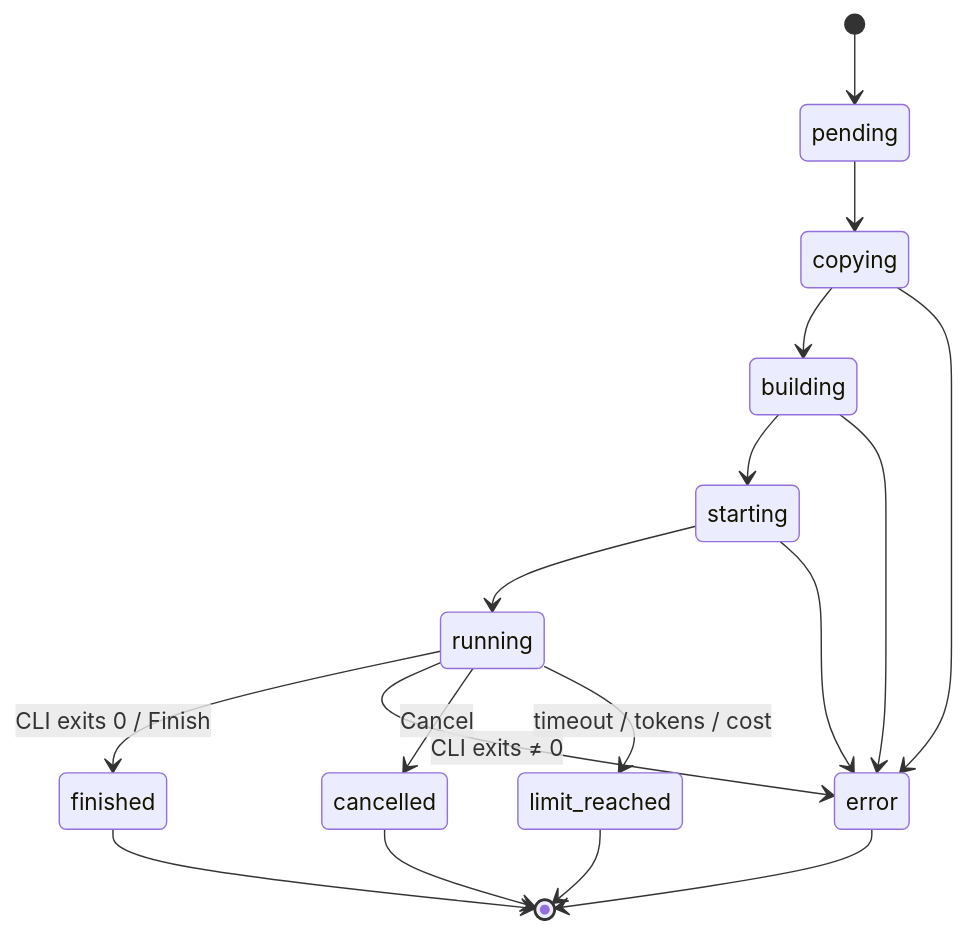
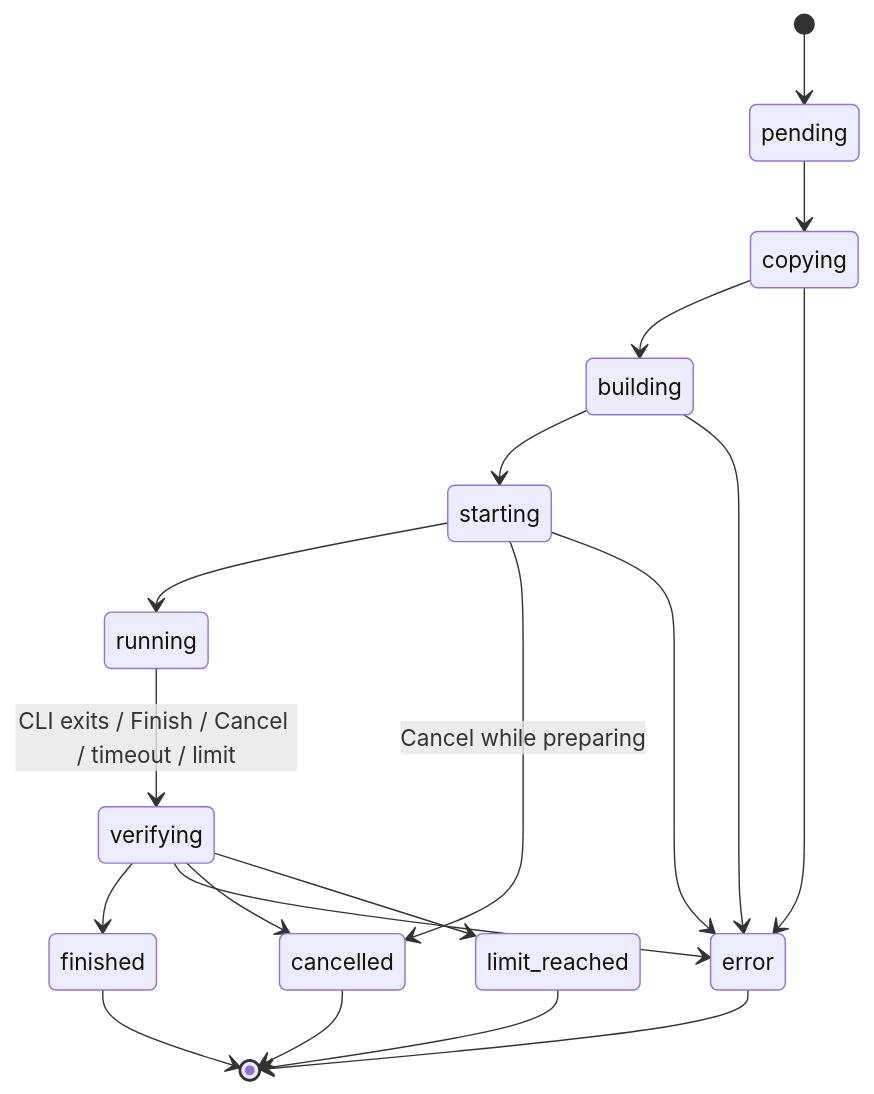
Before and after one commit to jmrona/ai-compare: the second of 2 diagrams in doc/04-comparison-lifecycle.md, drawn with Mermaid. The commit also changed other lines of this file and 20 other files, not shown here.

````diff
--- a/doc/04-comparison-lifecycle.md
+++ b/doc/04-comparison-lifecycle.md
@@ -77,19 +86,21 @@
 ```mermaid
 stateDiagram-v2
   [*] --> pending
   pending --> copying
   copying --> building
   building --> starting
   starting --> running
-  running --> finished: CLI exits 0 / Finish
-  running --> error: CLI exits ≠ 0
-  running --> cancelled: Cancel
-  running --> limit_reached: timeout / tokens / cost
+  running --> verifying: CLI exits / Finish / Cancel / timeout / limit
+  verifying --> finished
+  verifying --> error
+  verifying --> cancelled
+  verifying --> limit_reached
+  starting --> cancelled: Cancel while preparing
   copying --> error
   building --> error
   starting --> error
   finished --> [*]
   error --> [*]
   cancelled --> [*]
   limit_reached --> [*]
 ```
````
